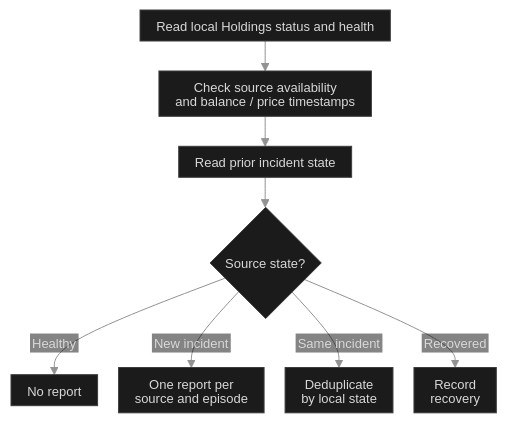
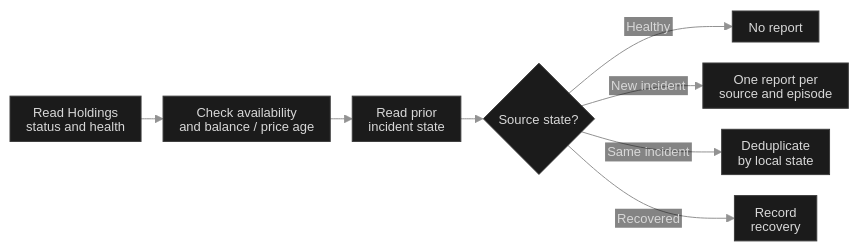
Before and after one commit to kazuall/finance-process-portfolio: the diagram in diagrams/holdings.mmd, drawn with Mermaid. The commit also changed 35 other files, not shown here.

```diff
--- a/diagrams/holdings.mmd
+++ b/diagrams/holdings.mmd
@@ -1,36 +1,36 @@
 ---
 config:
   theme: base
   htmlLabels: false
   themeVariables:
     darkMode: true
     background: '#0a0a0a'
     fontFamily: 'Inter, -apple-system, BlinkMacSystemFont, Segoe UI, sans-serif'
     fontSize: '13px'
     primaryColor: '#1b1b1b'
     primaryTextColor: '#d8d8d8'
     primaryBorderColor: '#3c3c3c'
     lineColor: '#929292'
     edgeLabelBackground: '#0a0a0a'
     textColor: '#d8d8d8'
   flowchart:
     htmlLabels: false
     useMaxWidth: false
     nodeSpacing: 21
-    rankSpacing: 30
+    rankSpacing: 22
     wrappingWidth: 240
     padding: 8
     diagramPadding: 5
     curve: basis
   themeCSS: 'text,tspan{font-family:system-ui,sans-serif!important;font-weight:400!important}.node rect.label-container{rx:3px;ry:3px}.node rect,.node polygon,.flowchart-link{stroke-width:.85px!important}.edgeLabel .labelBkg{fill:#0a0a0a!important;opacity:1!important}.edgeLabel text{fill:#bebebe!important}'
 ---
-flowchart TB
+flowchart LR
   accTitle: Holdings freshness pilot
   accDescr: A manual check reads Holdings status and source timestamps. A new incident produces one local report. Repeat observations are deduplicated. A healthy reading closes an open incident or leaves the log untouched.
-  api["Read local Holdings status and health"] --> times["Check source availability<br/>and balance / price timestamps"]
-  times --> prior["Read prior incident state"]
+  api["Read Holdings<br/>status and health"] --> times["Check availability<br/>and balance / price age"]
+  times --> prior["Read prior<br/>incident state"]
   prior --> state{"Source state?"}
   state -->|Healthy| ok["No report"]
   state -->|New incident| log["One report per<br/>source and episode"]
   state -->|Same incident| same["Deduplicate<br/>by local state"]
   state -->|Recovered| close["Record<br/>recovery"]
```
